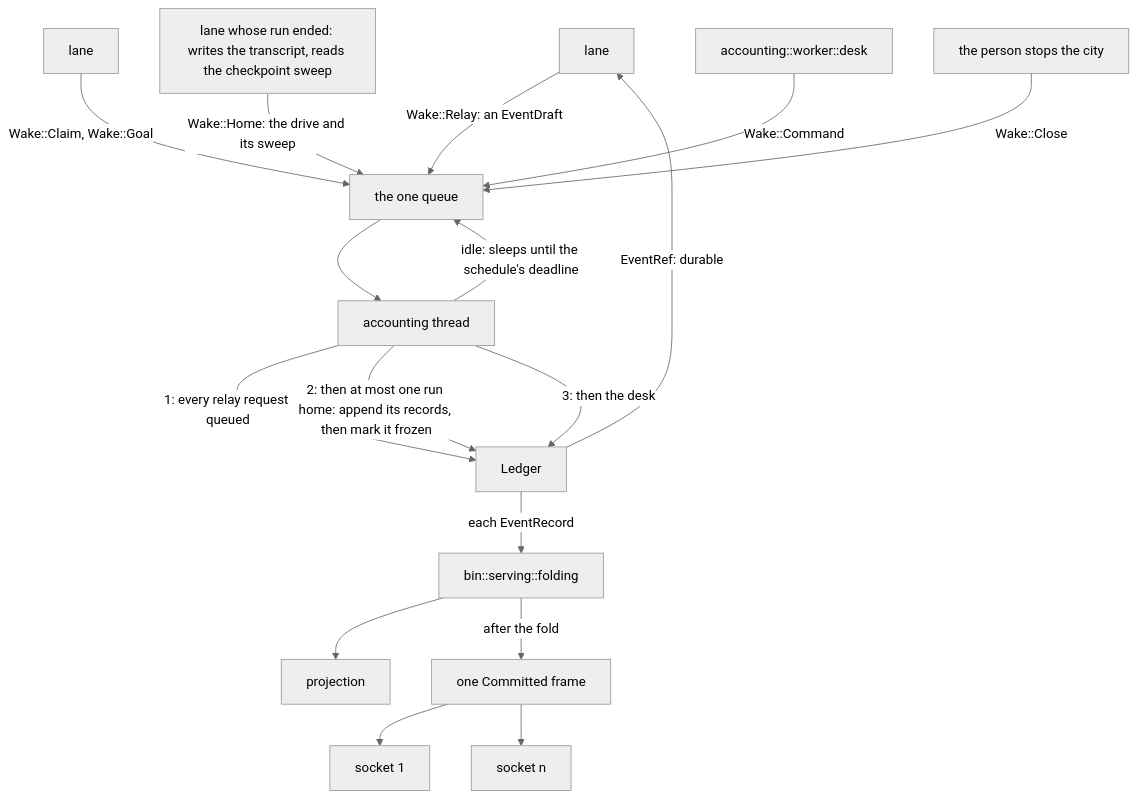
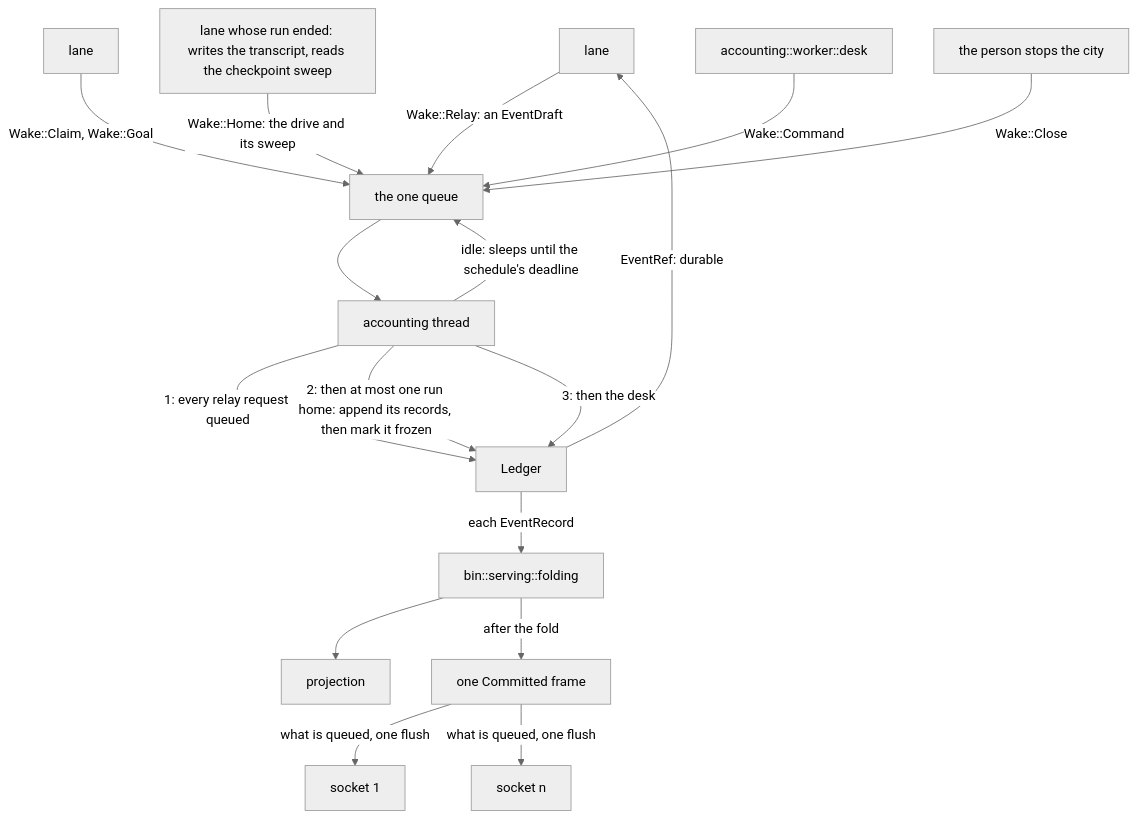
The fourth of 8 diagrams in ARCHITECTURE.md (2youg1/sprawling-agents), drawn with Mermaid (neutral theme) before and after one commit. The commit also changed other lines of this file, not shown here.

First line of the commit message:
card-S9.ARCHA: ARCHITECTURE describes CPU placement and the round's other architectural moves

````diff
--- a/ARCHITECTURE.md
+++ b/ARCHITECTURE.md
@@ -1104,19 +1244,19 @@
 ```mermaid
 flowchart TD
     lane[lane] -- "Wake::Relay: an EventDraft" --> wake[the one queue]
     claim[lane] -- "Wake::Claim, Wake::Goal" --> wake
     home[lane whose run ended: writes the transcript, reads the checkpoint sweep] -- "Wake::Home: the drive and its sweep" --> wake
     desk[accounting::worker::desk] -- "Wake::Command" --> wake
     close[the person stops the city] -- "Wake::Close" --> wake
     wake --> acc[accounting thread]
     acc -->|"1: every relay request queued"| ledger[Ledger]
     acc -->|"2: then at most one run home: append its records, then mark it frozen"| ledger
     acc -->|"3: then the desk"| ledger
     acc -->|"idle: sleeps until the schedule's deadline"| wake
     ledger -->|"EventRef: durable"| lane
     ledger -->|"each EventRecord"| fold[bin::serving::folding]
     fold --> proj[projection]
     fold -->|"after the fold"| committed[one Committed frame]
-    committed --> s1[socket 1]
-    committed --> sn[socket n]
+    committed -->|"what is queued, one flush"| s1[socket 1]
+    committed -->|"what is queued, one flush"| sn[socket n]
 ```
````
